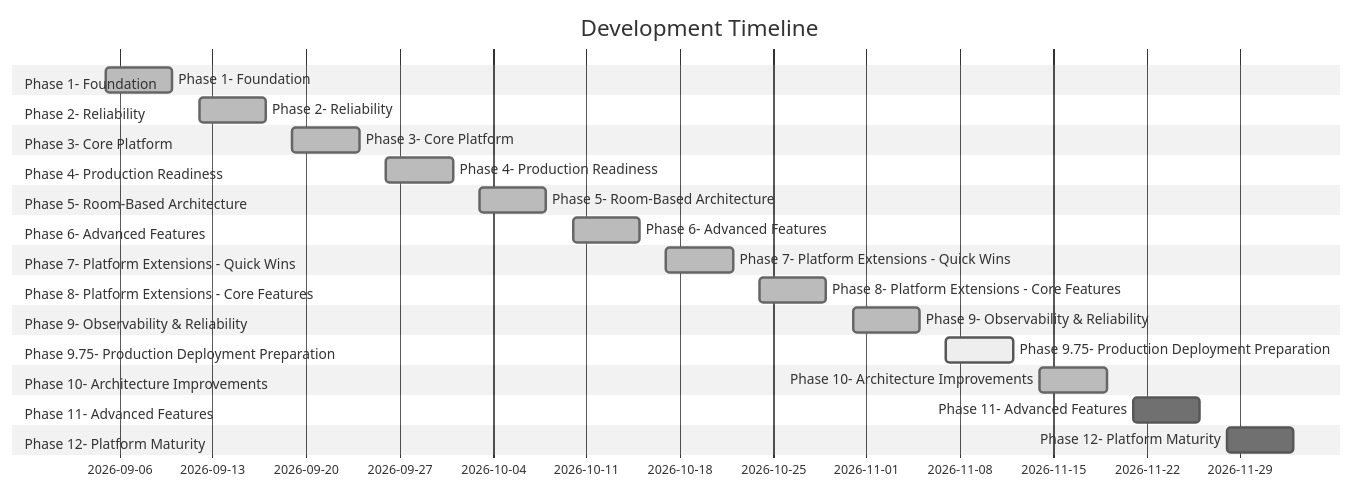
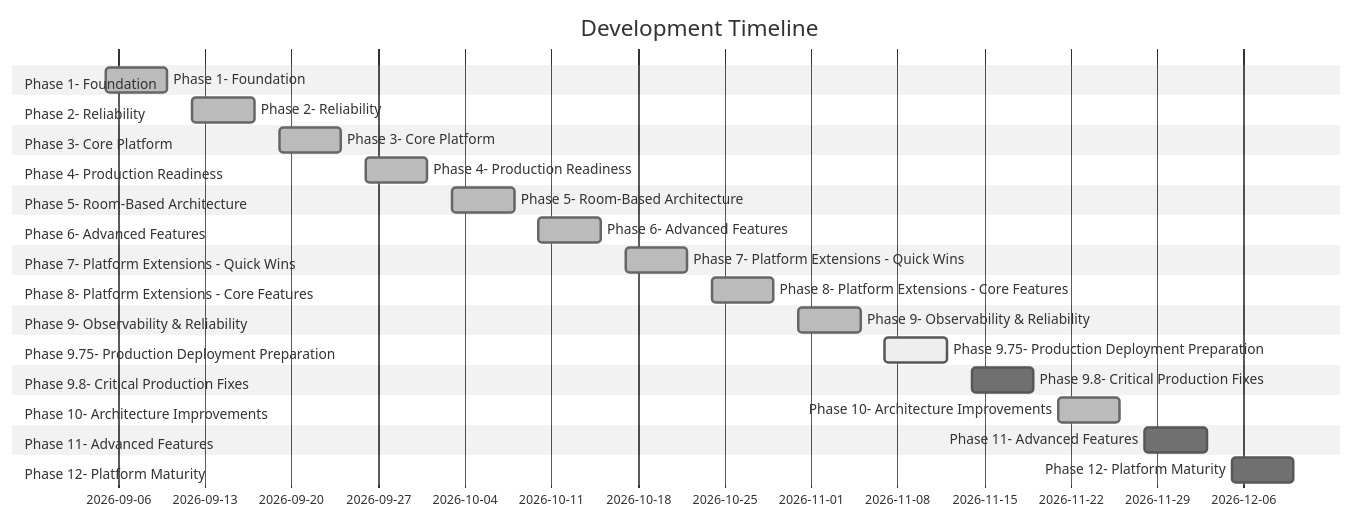
Before and after one commit to Alkamenos/smart-home-platform: the diagram in ROADMAP.md, drawn with Mermaid (neutral theme). The commit also changed other lines of this file and 5 other files, not shown here.

Commit message:
docs: update roadmap

````diff
--- a/ROADMAP.md
+++ b/ROADMAP.md
@@ -5,45 +5,48 @@
 ```mermaid
 gantt
     title Development Timeline
     dateFormat YYYY-MM-DD
 
     section Phase 1- Foundation
     Phase 1- Foundation :done, p1, 2026-09-05, 2026-09-10
 
     section Phase 2- Reliability
     Phase 2- Reliability :done, p2, 2026-09-12, 2026-09-17
 
     section Phase 3- Core Platform
     Phase 3- Core Platform :done, p3, 2026-09-19, 2026-09-24
 
     section Phase 4- Production Readiness
     Phase 4- Production Readiness :done, p4, 2026-09-26, 2026-10-01
 
     section Phase 5- Room-Based Architecture
     Phase 5- Room-Based Architecture :done, p5, 2026-10-03, 2026-10-08
 
     section Phase 6- Advanced Features
     Phase 6- Advanced Features :done, p6, 2026-10-10, 2026-10-15
 
     section Phase 7- Platform Extensions - Quick Wins
     Phase 7- Platform Extensions - Quick Wins :done, p7, 2026-10-17, 2026-10-22
 
     section Phase 8- Platform Extensions - Core Features
     Phase 8- Platform Extensions - Core Features :done, p8, 2026-10-24, 2026-10-29
 
     section Phase 9- Observability & Reliability
     Phase 9- Observability & Reliability :done, p9, 2026-10-31, 2026-11-05
 
     section Phase 9.75- Production Deployment Preparation
     Phase 9.75- Production Deployment Preparation :active, p10, 2026-11-07, 2026-11-12
 
+    section Phase 9.8- Critical Production Fixes
+    Phase 9.8- Critical Production Fixes :p11, 2026-11-14, 2026-11-19
+
     section Phase 10- Architecture Improvements
-    Phase 10- Architecture Improvements :done, p11, 2026-11-14, 2026-11-19
+    Phase 10- Architecture Improvements :done, p12, 2026-11-21, 2026-11-26
 
     section Phase 11- Advanced Features
-    Phase 11- Advanced Features :p12, 2026-11-21, 2026-11-26
+    Phase 11- Advanced Features :p13, 2026-11-28, 2026-12-03
 
     section Phase 12- Platform Maturity
-    Phase 12- Platform Maturity :p13, 2026-11-28, 2026-12-03
+    Phase 12- Platform Maturity :p14, 2026-12-05, 2026-12-10
 
 ```
````
